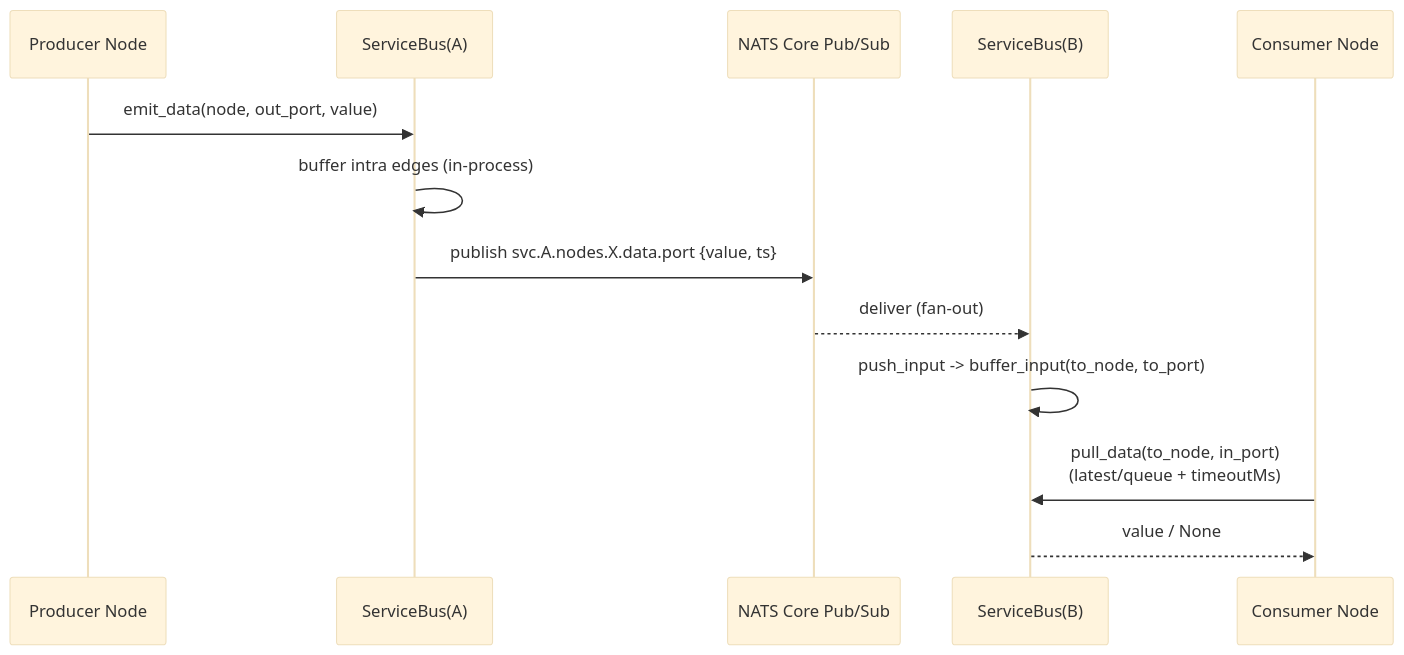
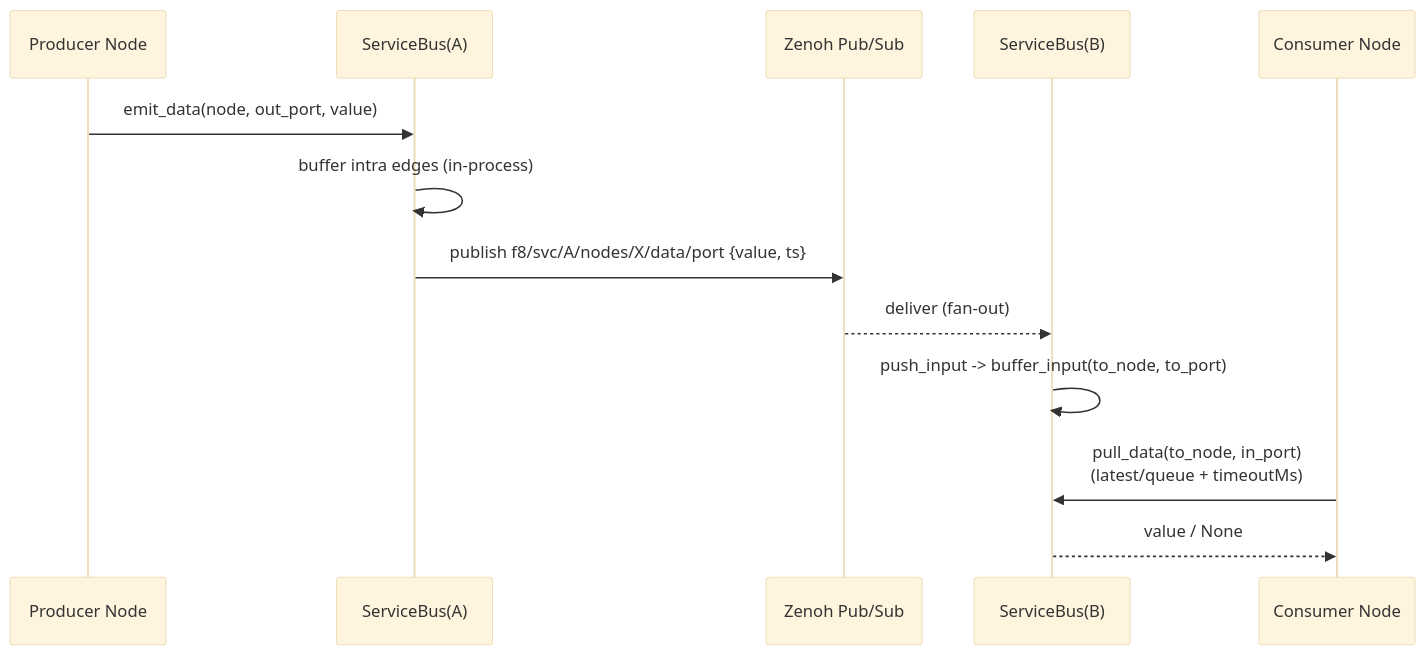
One commit to FrogThe2nd/f8studio changed the third of 7 diagrams in docs/deepdives/comm_bus.md. Above: the diagram before and after it, drawn with Mermaid (base theme). The commit also changed other lines of this file and 11 other files, not shown here.

````diff
--- a/docs/deepdives/comm_bus.md
+++ b/docs/deepdives/comm_bus.md
@@ -164,16 +164,16 @@
 ``` mermaid
 sequenceDiagram
   participant P as Producer Node
   participant BusA as ServiceBus(A)
-  participant N as NATS Core Pub/Sub
+  participant Z as Zenoh Pub/Sub
   participant BusB as ServiceBus(B)
   participant C as Consumer Node
 
   P->>BusA: emit_data(node, out_port, value)
   BusA->>BusA: buffer intra edges (in-process)
-  BusA->>N: publish svc.A.nodes.X.data.port {value, ts}
-  N-->>BusB: deliver (fan-out)
+  BusA->>Z: publish f8/svc/A/nodes/X/data/port {value, ts}
+  Z-->>BusB: deliver (fan-out)
   BusB->>BusB: push_input -> buffer_input(to_node, to_port)
   C->>BusB: pull_data(to_node, in_port)<br/>(latest/queue + timeoutMs)
   BusB-->>C: value / None
 ```
````
